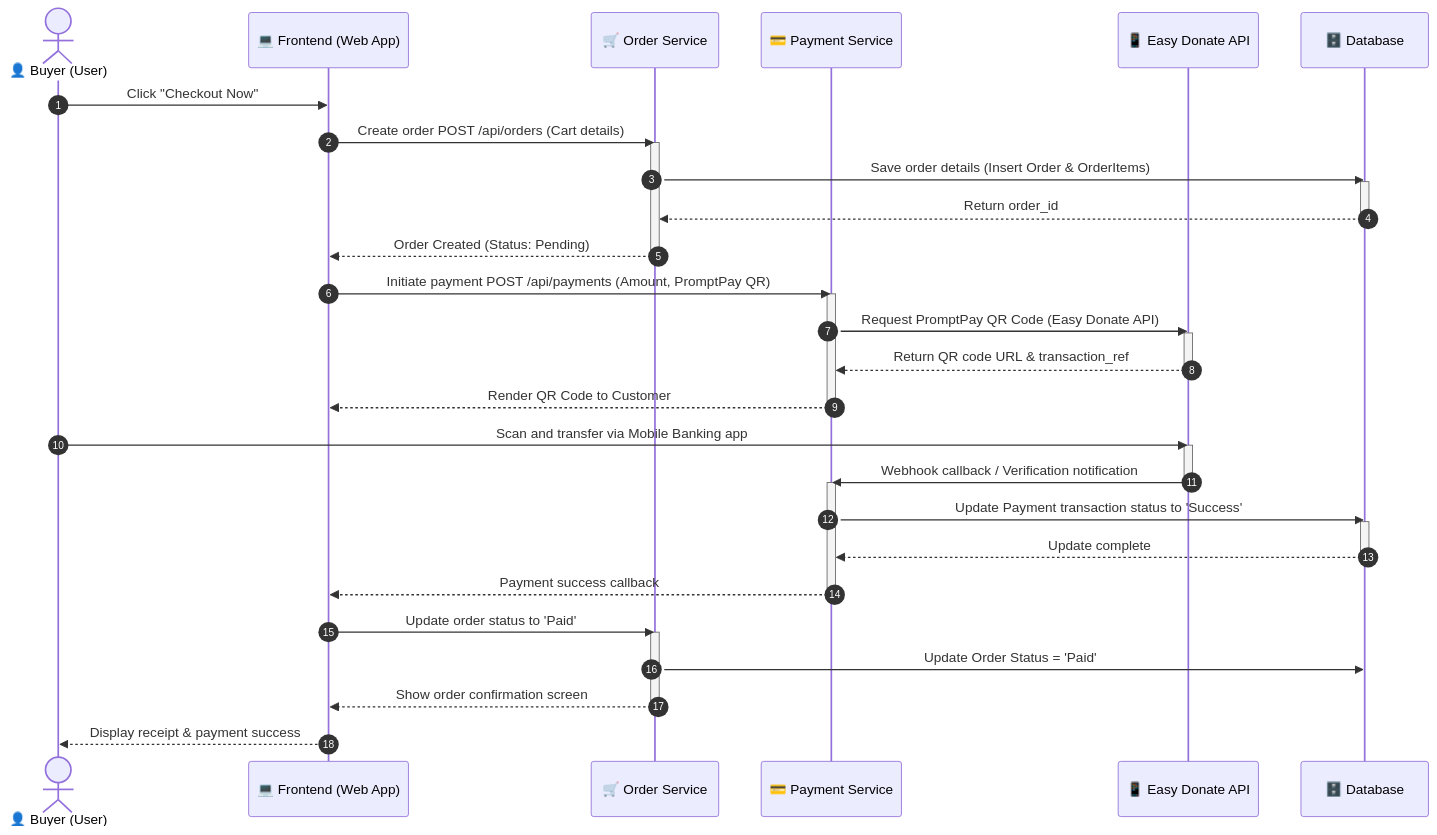
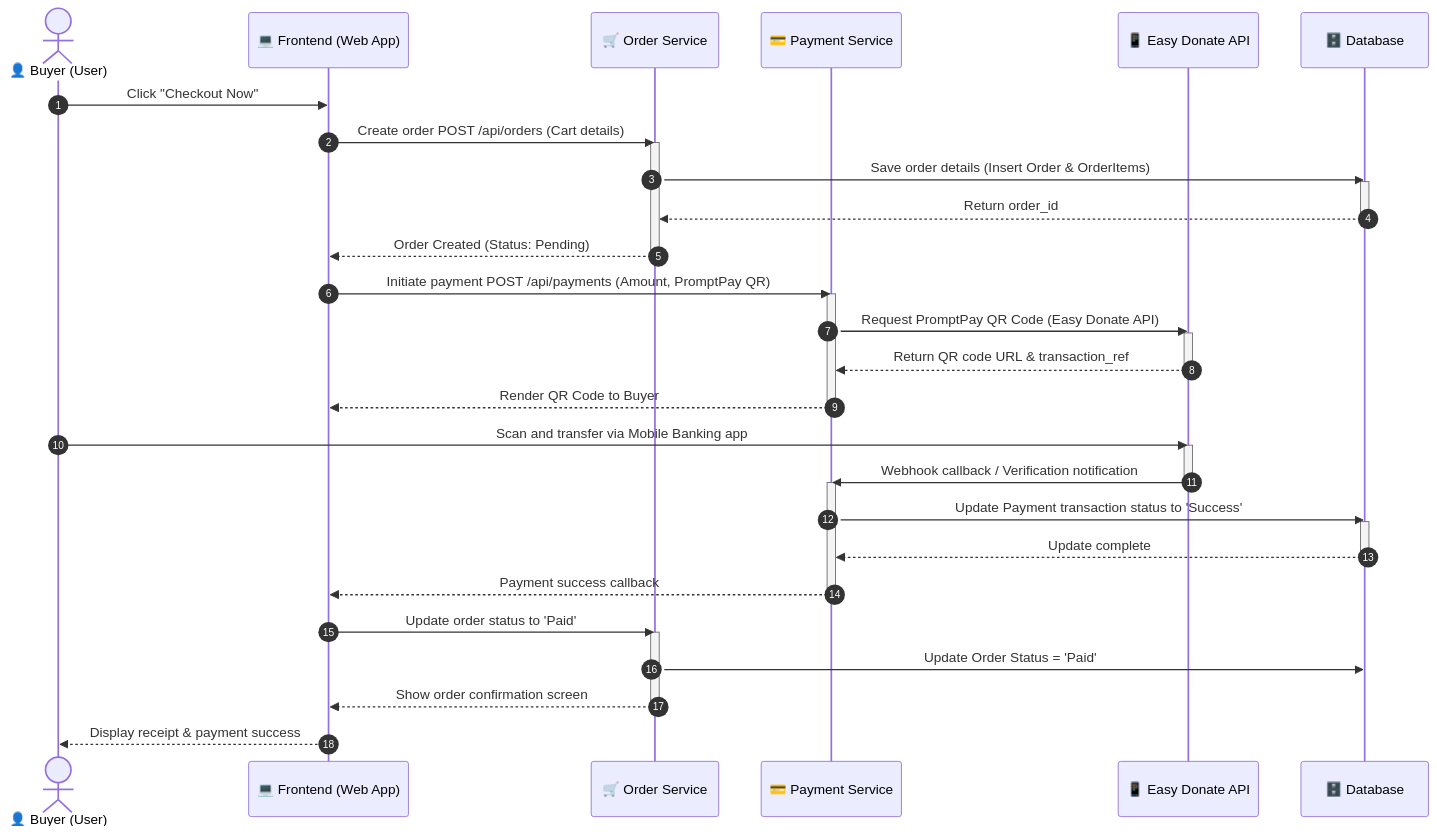
The third of 6 diagrams in analysis_design.md (sShinjikubs/WatchMarket), drawn with Mermaid before and after one commit.

Commit message:
doc: change sequence diagram actor and labels from Customer to Buyer to avoid confusion

````diff
--- a/analysis_design.md
+++ b/analysis_design.md
@@ -314,48 +314,48 @@
 ```mermaid
 sequenceDiagram
     autonumber
-    actor Customer as 👤 Buyer (User)
+    actor Buyer as 👤 Buyer (User)
     participant UI as 💻 Frontend (Web App)
     participant OrderSvc as 🛒 Order Service
     participant PaySvc as 💳 Payment Service
     participant BankAPI as 📱 Easy Donate API
     participant DB as 🗄️ Database
 
-    Customer->>UI: Click "Checkout Now"
+    Buyer->>UI: Click "Checkout Now"
     UI->>OrderSvc: Create order POST /api/orders (Cart details)
     activate OrderSvc
     OrderSvc->>DB: Save order details (Insert Order & OrderItems)
     activate DB
     DB-->>OrderSvc: Return order_id
     deactivate DB
     OrderSvc-->>UI: Order Created (Status: Pending)
     deactivate OrderSvc
 
     UI->>PaySvc: Initiate payment POST /api/payments (Amount, PromptPay QR)
     activate PaySvc
     PaySvc->>BankAPI: Request PromptPay QR Code (Easy Donate API)
     activate BankAPI
     BankAPI-->>PaySvc: Return QR code URL & transaction_ref
     deactivate BankAPI
-    PaySvc-->>UI: Render QR Code to Customer
+    PaySvc-->>UI: Render QR Code to Buyer
     deactivate PaySvc
 
-    Customer->>BankAPI: Scan and transfer via Mobile Banking app
+    Buyer->>BankAPI: Scan and transfer via Mobile Banking app
     activate BankAPI
     BankAPI->>PaySvc: Webhook callback / Verification notification
     deactivate BankAPI
     activate PaySvc
     PaySvc->>DB: Update Payment transaction status to 'Success'
     activate DB
     DB-->>PaySvc: Update complete
     deactivate DB
     PaySvc-->>UI: Payment success callback
     deactivate PaySvc
 
     UI->>OrderSvc: Update order status to 'Paid'
     activate OrderSvc
     OrderSvc->>DB: Update Order Status = 'Paid'
     OrderSvc-->>UI: Show order confirmation screen
     deactivate OrderSvc
-    UI-->>Customer: Display receipt & payment success
+    UI-->>Buyer: Display receipt & payment success
 ```
````
